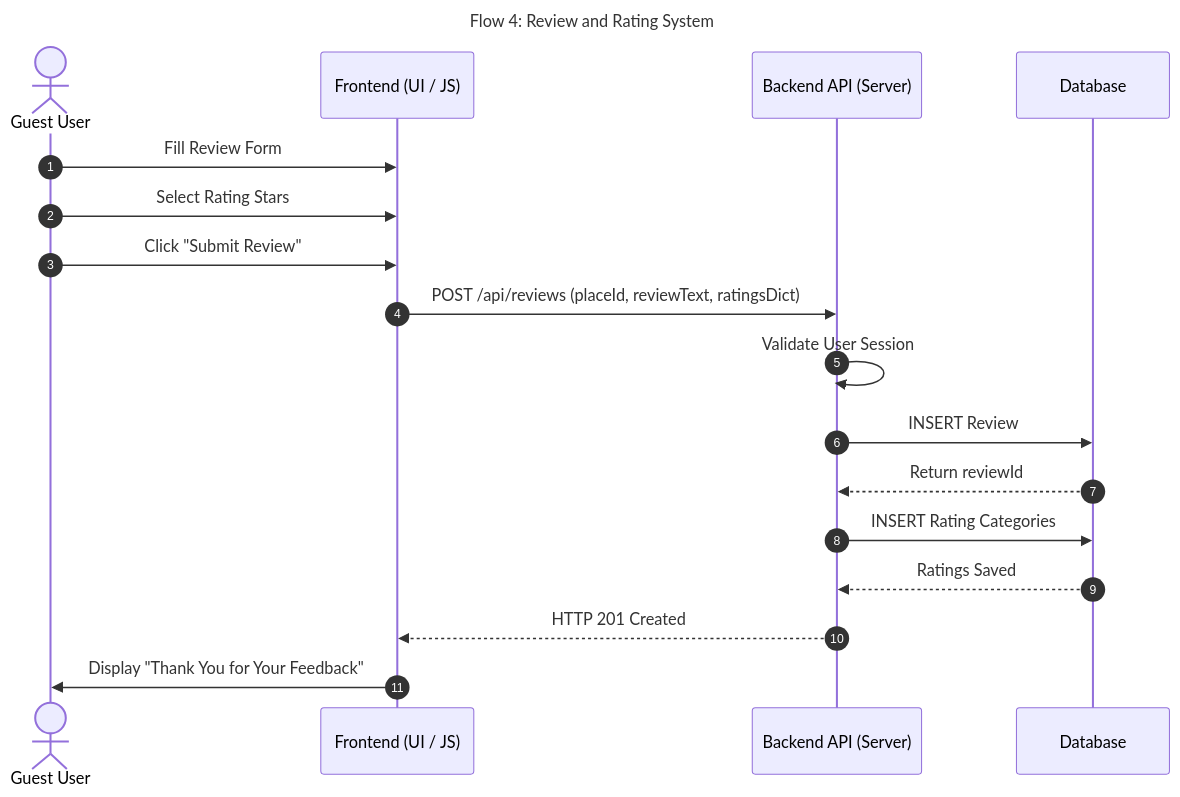
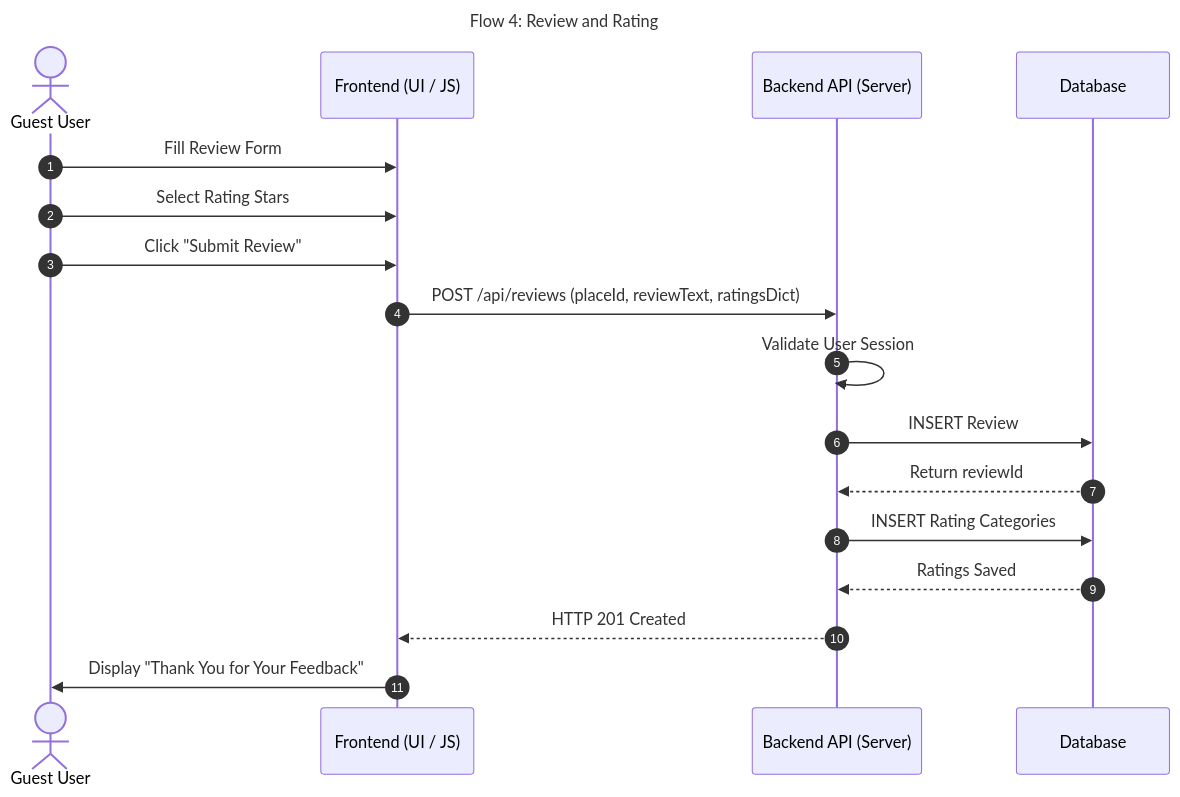
The fourth of 4 diagrams in part1/2.Sequence Diagrams for API Calls.md (ghadi0alzhrani0/holbertonschool-hbnb), drawn with Mermaid before and after one commit. The commit also changed other lines of this file, not shown here.

First line of the commit message:
Revise sequence diagrams and descriptions for clarity

````diff
--- a/part1/2.Sequence Diagrams for API Calls.md
+++ b/part1/2.Sequence Diagrams for API Calls.md
@@ -156,28 +153,28 @@
 ```mermaid
 sequenceDiagram
     autonumber
-    title Flow 4: Review and Rating System
+    title Flow 4: Review and Rating
 
     actor Guest as Guest User
     participant FE as Frontend (UI / JS)
     participant BE as Backend API (Server)
     participant DB as Database
 
     Guest->>FE: Fill Review Form
     Guest->>FE: Select Rating Stars
     Guest->>FE: Click "Submit Review"
 
     FE->>BE: POST /api/reviews (placeId, reviewText, ratingsDict)
 
     BE->>BE: Validate User Session
 
     BE->>DB: INSERT Review
     DB-->>BE: Return reviewId
 
     BE->>DB: INSERT Rating Categories
     DB-->>BE: Ratings Saved
 
     BE-->>FE: HTTP 201 Created
 
     FE->>Guest: Display "Thank You for Your Feedback"
 ```
````
